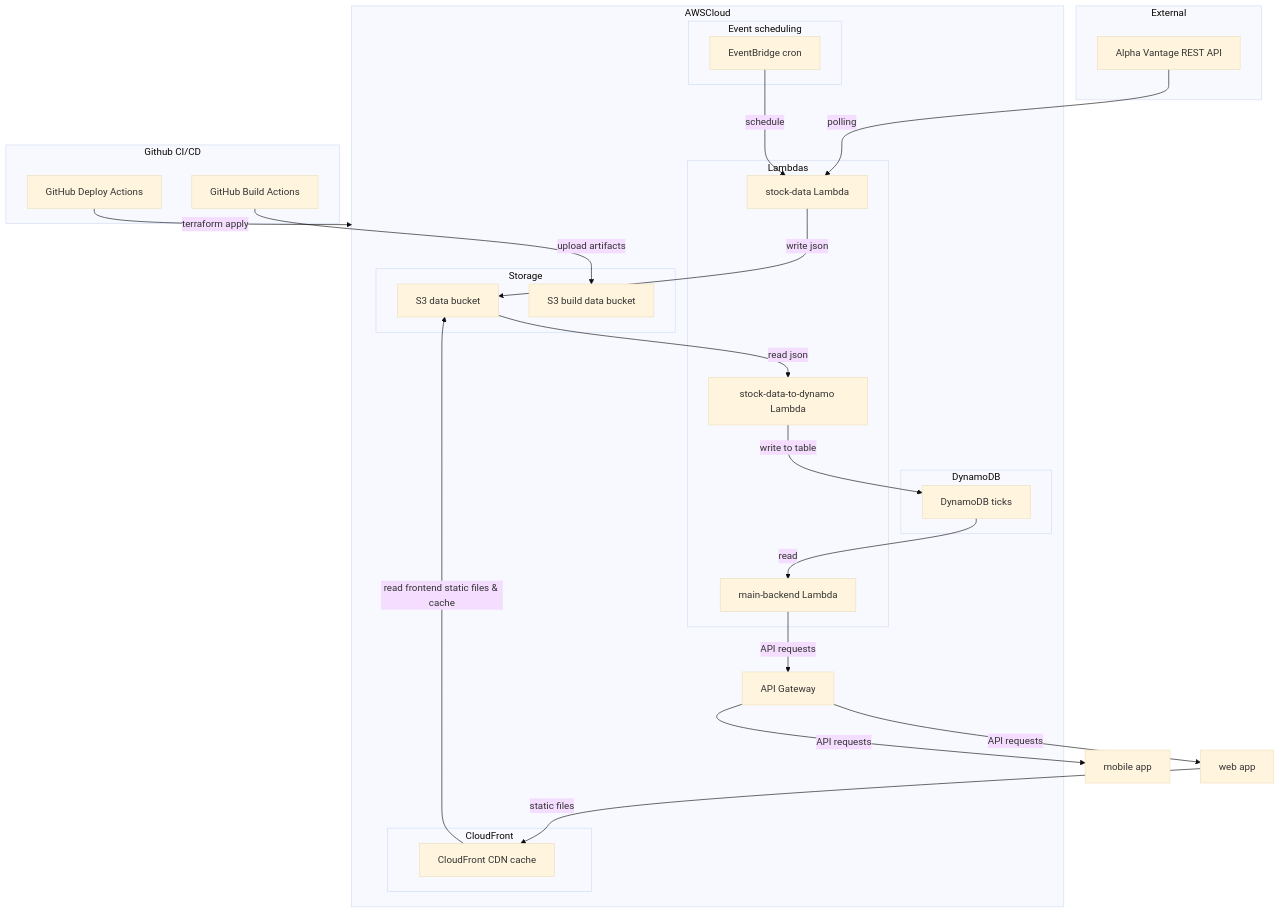
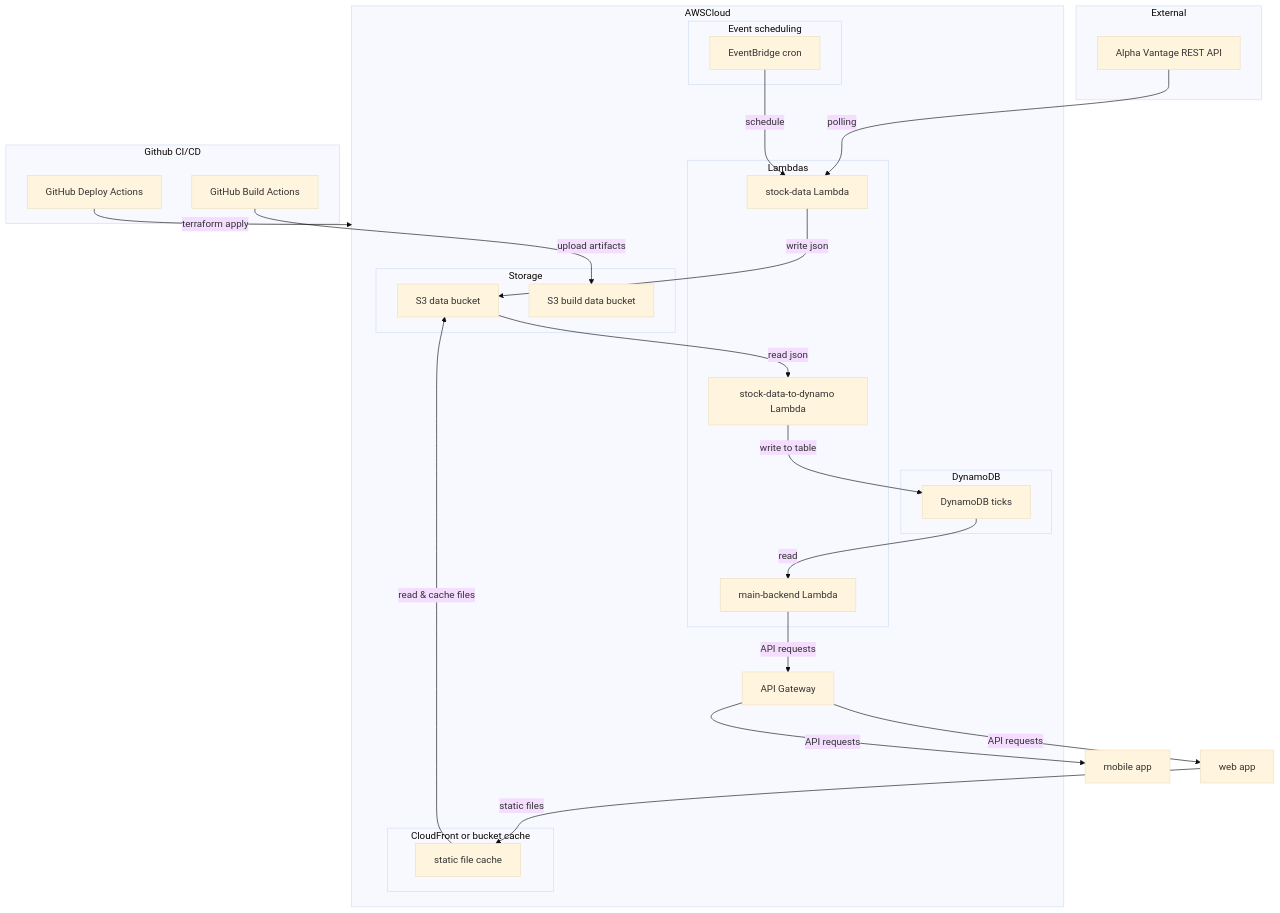
The diagram in profile/README.md (mss-showcase/.github), drawn with Mermaid (base theme) before and after one commit.

````diff
--- a/profile/README.md
+++ b/profile/README.md
@@ -21,55 +21,55 @@
 ```mermaid
 flowchart TB
   subgraph "External"
     alpha[Alpha Vantage REST API]
   end
 
   subgraph "AWSCloud"
     subgraph "Event scheduling"
       cron[EventBridge cron]
     end
     
     subgraph "Lambdas"
       stock[stock-data Lambda]
       proc[stock-data-to-dynamo Lambda]
       backend[main-backend Lambda]
     end
 
     subgraph "Storage"
       s3data[S3 data bucket]
       s3build[S3 build data bucket]
     end
 
     subgraph "DynamoDB"
       dynamo[DynamoDB ticks]
     end
 
-    subgraph "CloudFront"
-      distribution[CloudFront CDN cache]
+    subgraph "CloudFront or bucket cache"
+      distribution[static file cache]
     end
 
     api[API Gateway]
   end
 
   subgraph "Github CI/CD"
     gha_build[GitHub Build Actions]
     gha_deploy[GitHub Deploy Actions]
   end
 
   alpha -->|polling| stock
   cron -->|schedule| stock
   stock -->|write json| s3data
   s3data -->|read json| proc
   proc -->|write to table| dynamo
   dynamo -->|read| backend
   backend -->|API requests| api
-  distribution --> |read frontend static files & cache| s3data
+  distribution --> |read & cache files| s3data
 
   gha_build -->|upload artifacts| s3build
   gha_deploy -->|terraform apply| AWSCloud
 
   api -->|API requests| webfrontend[web app]
   api -->|API requests| mobilefrontend[mobile app]
 
   webfrontend -->|static files| distribution
 ```
````
